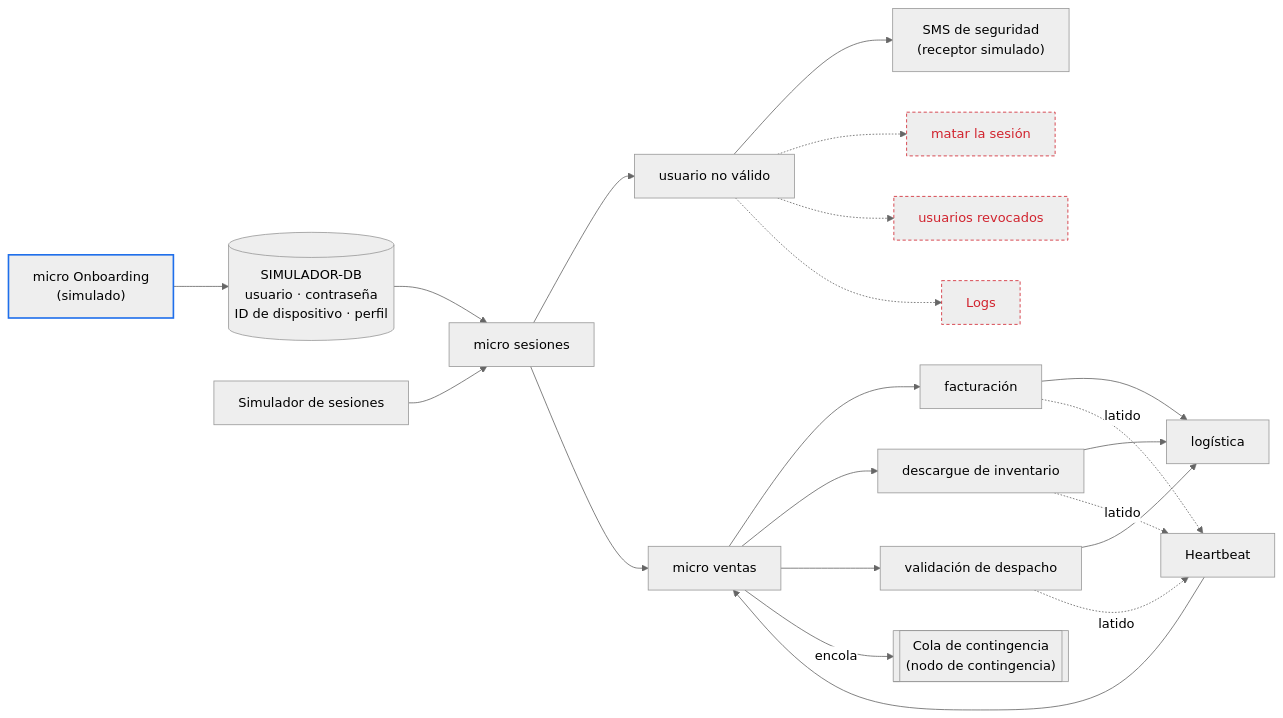
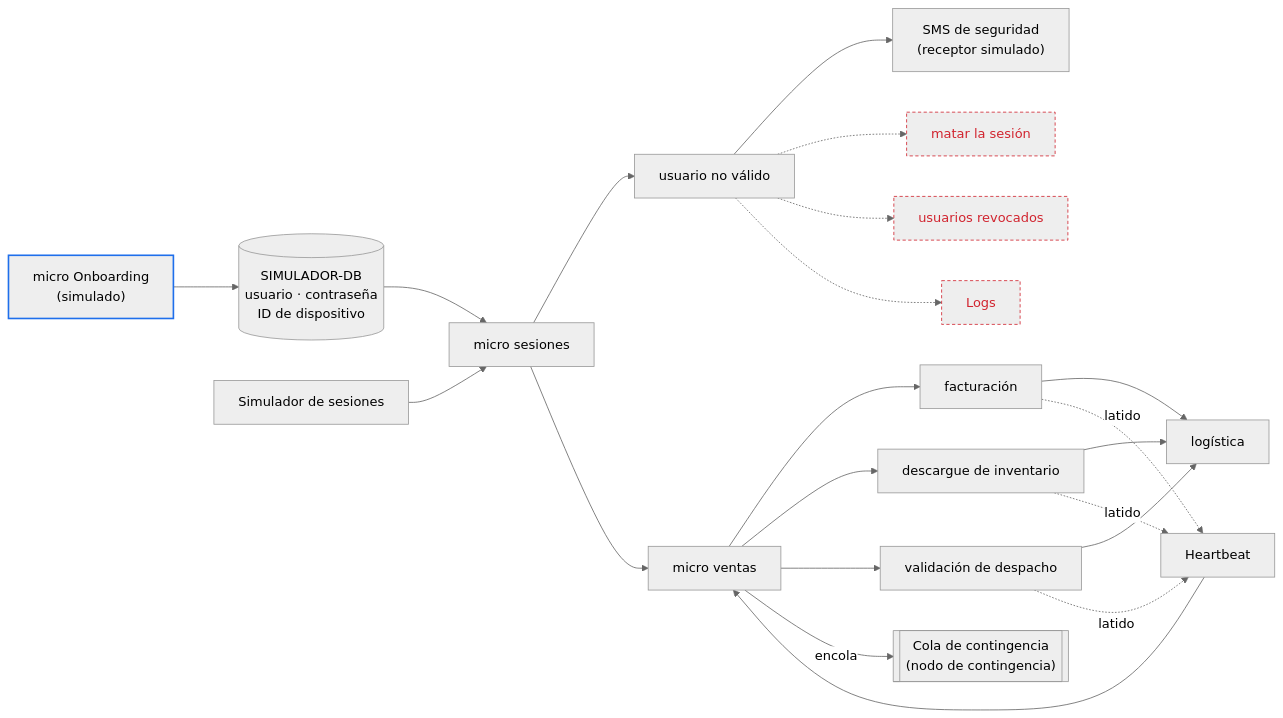
The diagram in docs/experiments.md (MATI-MBIT/arqsoft-reto-2), drawn with Mermaid (neutral theme) before and after one commit. The commit also changed other lines of this file and 2 other files, not shown here.

First line of the commit message:
Cambia H1 del experimento E01 a la huella del dispositivo y define el stack

````diff
--- a/docs/experiments.md
+++ b/docs/experiments.md
@@ -151,27 +161,27 @@
 ```mermaid
 flowchart LR
-    ONB["micro Onboarding<br/>(simulado)"] --> DB[("SIMULADOR-DB<br/>usuario · contraseña<br/>ID de dispositivo · perfil")]
+    ONB["micro Onboarding<br/>(simulado)"] --> DB[("SIMULADOR-DB<br/>usuario · contraseña<br/>ID de dispositivo")]
     SIM["Simulador de sesiones"] --> SES["micro sesiones"]
     DB --> SES
     SES --> UNV["usuario no válido"]
     UNV --> SMS["SMS de seguridad<br/>(receptor simulado)"]
     SES --> VEN["micro ventas"]
     VEN --> FAC["facturación"]
     VEN --> INV["descargue de inventario"]
     VEN --> DES["validación de despacho"]
     FAC --> LOG["logística"]
     INV --> LOG
     DES --> LOG
     FAC -. latido .-> HB["Heartbeat"]
     INV -. latido .-> HB
     DES -. latido .-> HB
     HB --> VEN
     VEN -- encola --> NC[["Cola de contingencia<br/>(nodo de contingencia)"]]
     UNV -.-> KILL["matar la sesión"]
     UNV -.-> REV["usuarios revocados"]
     UNV -.-> LOGS["Logs"]
     classDef simulado stroke:#1f6feb,stroke-width:2px
     classDef fuera stroke:#d1242f,stroke-dasharray:4 3,color:#d1242f
     class ONB simulado
     class KILL,REV,LOGS fuera
 ```
````
